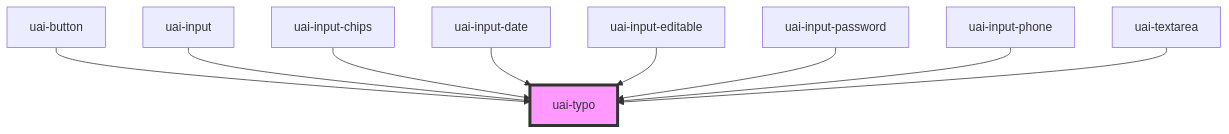
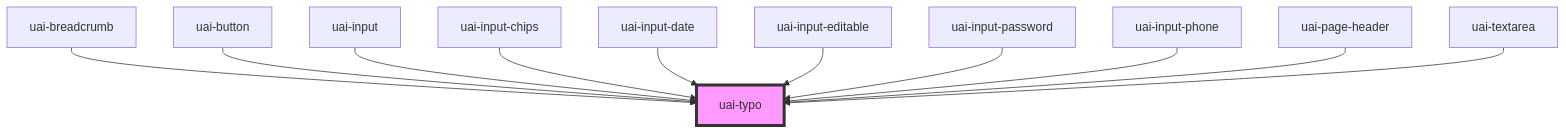
The diagram in src/components/uai-typo/readme.md (takenet/blip-ds), drawn with Mermaid before and after one commit. The commit also changed other lines of this file and 34 other files, not shown here.

First line of the commit message:
feat(uai): add breadcrumb and page header

````diff
--- a/src/components/uai-typo/readme.md
+++ b/src/components/uai-typo/readme.md
@@ -57,12 +59,14 @@
 ```mermaid
 graph TD;
+  uai-breadcrumb --> uai-typo
   uai-button --> uai-typo
   uai-input --> uai-typo
   uai-input-chips --> uai-typo
   uai-input-date --> uai-typo
   uai-input-editable --> uai-typo
   uai-input-password --> uai-typo
   uai-input-phone --> uai-typo
+  uai-page-header --> uai-typo
   uai-textarea --> uai-typo
   style uai-typo fill:#f9f,stroke:#333,stroke-width:4px
 ```
````
